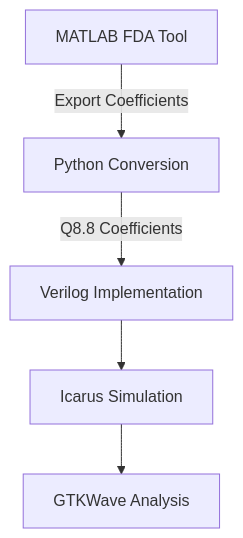
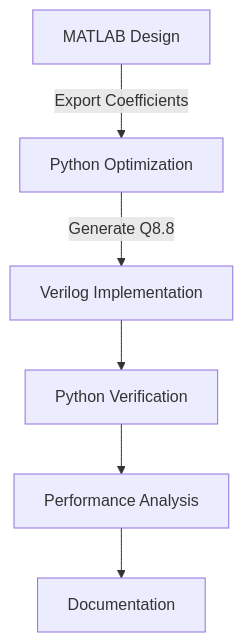
One commit to ColinE0/Finite-Impulse-Response-Filter-Implementation changed the diagram in README.md. Above: the diagram before and after it, drawn with Mermaid. The commit also changed other lines of this file and 4 other files, not shown here.

First line of the commit message:
Complete FIR filter implementation with automated verification

````diff
--- a/README.md
+++ b/README.md
@@ -42,7 +45,8 @@
 ```mermaid
 graph TD
-    A[MATLAB FDA Tool] -->|Export Coefficients| B[Python Conversion]
-    B -->|Q8.8 Coefficients| C[Verilog Implementation]
-    C --> D[Icarus Simulation]
-    D --> E[GTKWave Analysis]
+    A[MATLAB Design] -->|Export Coefficients| B[Python Optimization]
+    B -->|Generate Q8.8| C[Verilog Implementation] 
+    C --> D[Python Verification]
+    D --> E[Performance Analysis]
+    E --> F[Documentation]
 ```
````
